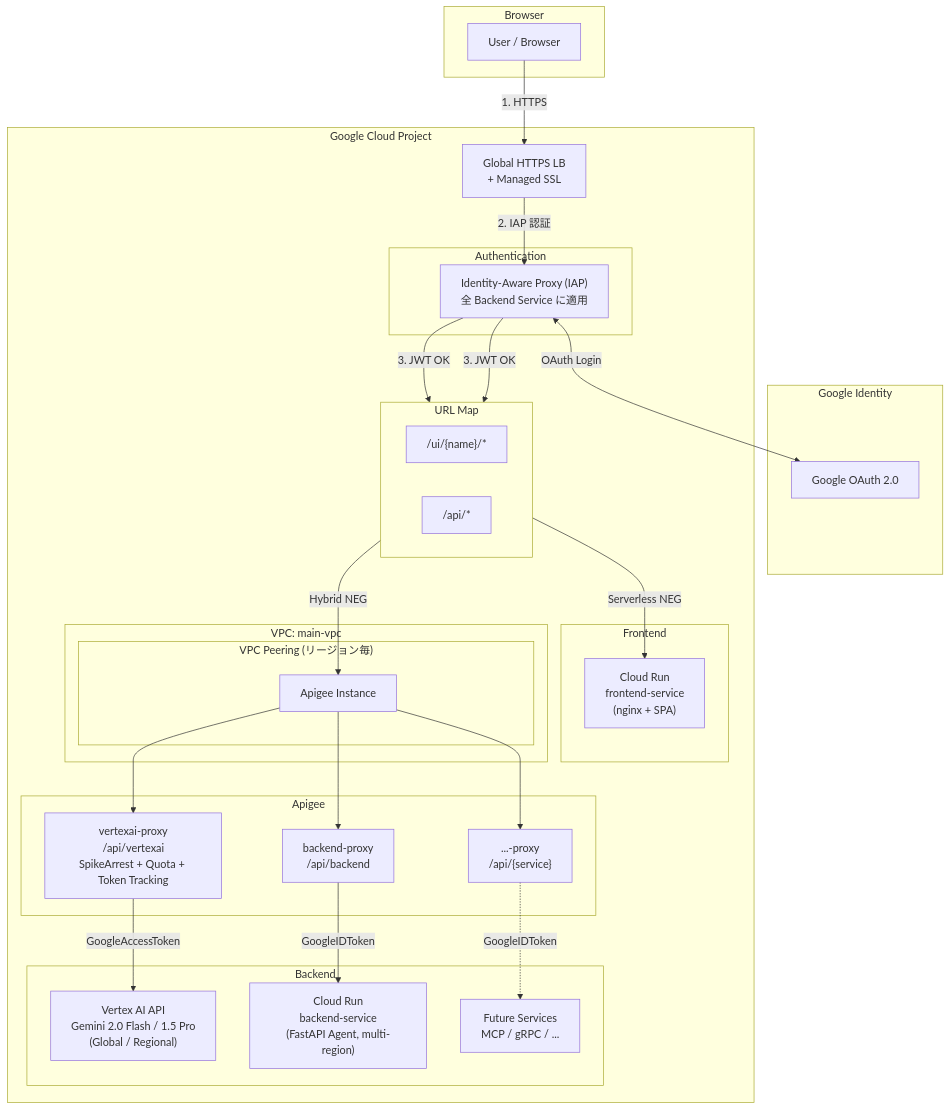
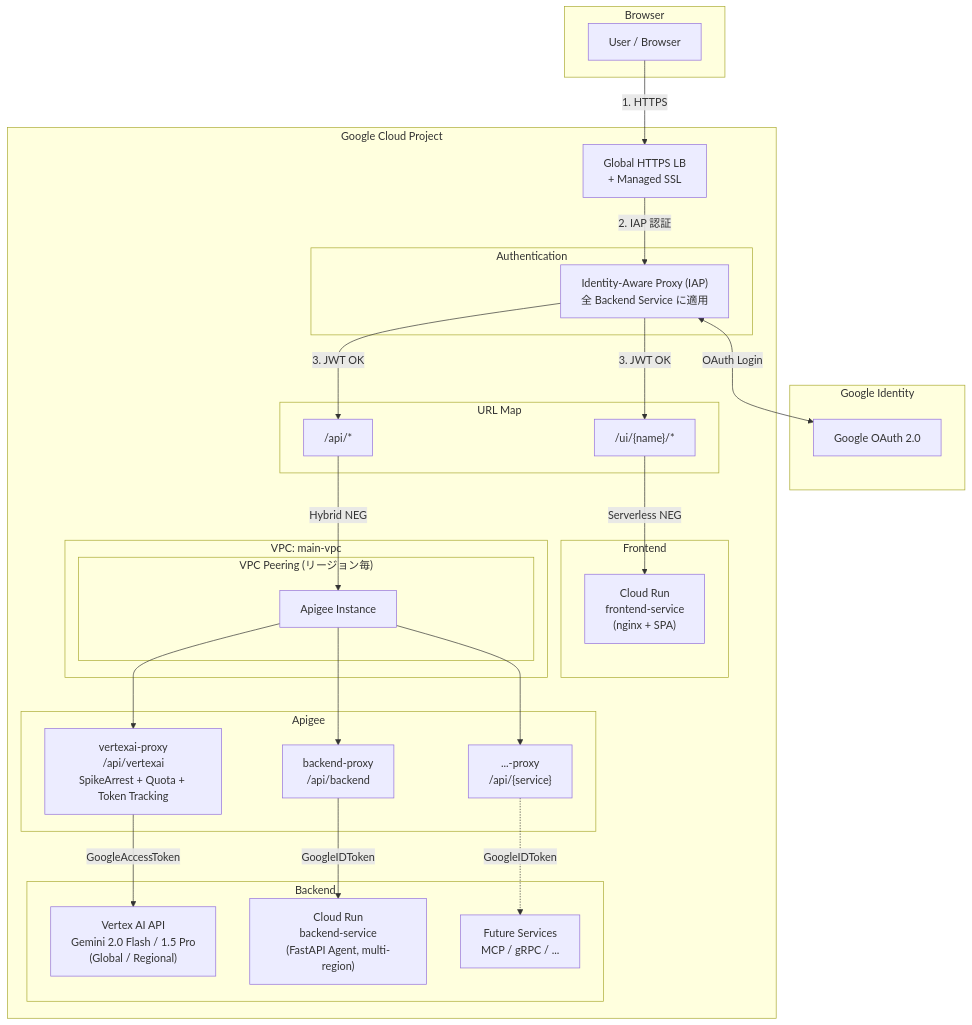
Before and after one commit to linzhengen/apigee-labs: the first of 4 diagrams in README.md, drawn with Mermaid.

Commit message:
doc: Remove direction from URL Map subgraph
Removed direction attribute from URL Map subgraph.

````diff
--- a/README.md
+++ b/README.md
@@ -46,58 +46,57 @@
 ```mermaid
 graph TB
   subgraph Browser
     U[User / Browser]
   end
 
   subgraph Google["Google Identity"]
     GAUTH["Google OAuth 2.0"]
   end
 
   subgraph GCP["Google Cloud Project"]
     LB["Global HTTPS LB<br/>+ Managed SSL"]
 
     subgraph Auth["Authentication"]
       IAP["Identity-Aware Proxy (IAP)<br/>全 Backend Service に適用"]
     end
 
     subgraph URLMap["URL Map"]
-      direction LR
       R_UI["/ui/{name}/*"]
       R_API["/api/*"]
     end
 
     subgraph Frontends["Frontend"]
       CR_FE["Cloud Run<br/>frontend-service<br/>(nginx + SPA)"]
     end
 
     subgraph ApigeeX["Apigee"]
       VP["vertexai-proxy<br/>/api/vertexai<br/>SpikeArrest + Quota + Token Tracking"]
       BP["backend-proxy<br/>/api/backend"]
       SP["...-proxy<br/>/api/{service}"]
     end
 
     subgraph Backends["Backend"]
       VAI["Vertex AI API<br/>Gemini 2.0 Flash / 1.5 Pro<br/>(Global / Regional)"]
       CR_BE["Cloud Run<br/>backend-service<br/>(FastAPI Agent, multi-region)"]
       Future["Future Services<br/>MCP / gRPC / ..."]
     end
 
     subgraph VPC["VPC: main-vpc"]
       subgraph Peering["VPC Peering (リージョン毎)"]
         AI["Apigee Instance"]
       end
     end
   end
 
   U -->|"1. HTTPS"| LB
   LB -->|"2. IAP 認証"| IAP
   IAP <-->|"OAuth Login"| GAUTH
   IAP -->|"3. JWT OK"| R_UI & R_API
 
   R_UI -->|Serverless NEG| CR_FE
   R_API -->|Hybrid NEG| AI
   AI --> VP & BP & SP
   VP -->|GoogleAccessToken| VAI
   BP -->|GoogleIDToken| CR_BE
   SP -.->|GoogleIDToken| Future
 ```
````
